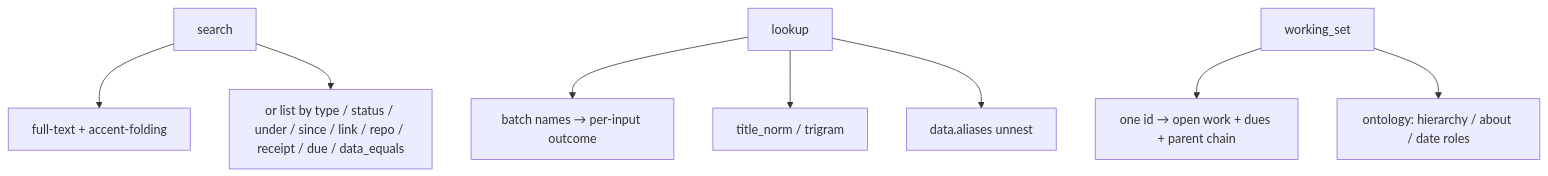
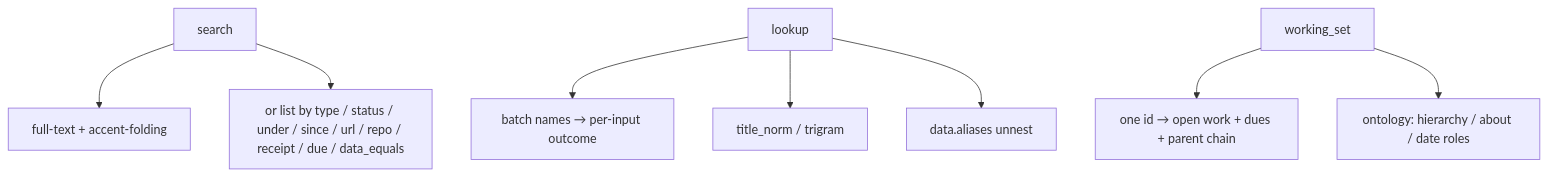
The seventh of 11 diagrams in docs/ARCHITECTURE.md (dgraziosi/foundation), drawn with Mermaid before and after one commit. The commit also changed other lines of this file and 33 other files, not shown here.

First line of the commit message:
Search url and repo are the live filters; link is the edge verb

````diff
--- a/docs/ARCHITECTURE.md
+++ b/docs/ARCHITECTURE.md
@@ -200,13 +200,13 @@
 ```mermaid
 flowchart TB
   search_box["search"]
   search_box --> fts["full-text + accent-folding"]
-  search_box --> list_or_filter["or list by type / status / under / since / link / repo / receipt / due / data_equals"]
+  search_box --> list_or_filter["or list by type / status / under / since / url / repo / receipt / due / data_equals"]
   lookup_box["lookup"]
   lookup_box --> names["batch names → per-input outcome"]
   lookup_box --> title_idx["title_norm / trigram"]
   lookup_box --> aliases["data.aliases unnest"]
   working_set_box["working_set"]
   working_set_box --> rooted["one id → open work + dues + parent chain"]
   working_set_box --> ontology_walk["ontology: hierarchy / about / date roles"]
 ```
````
